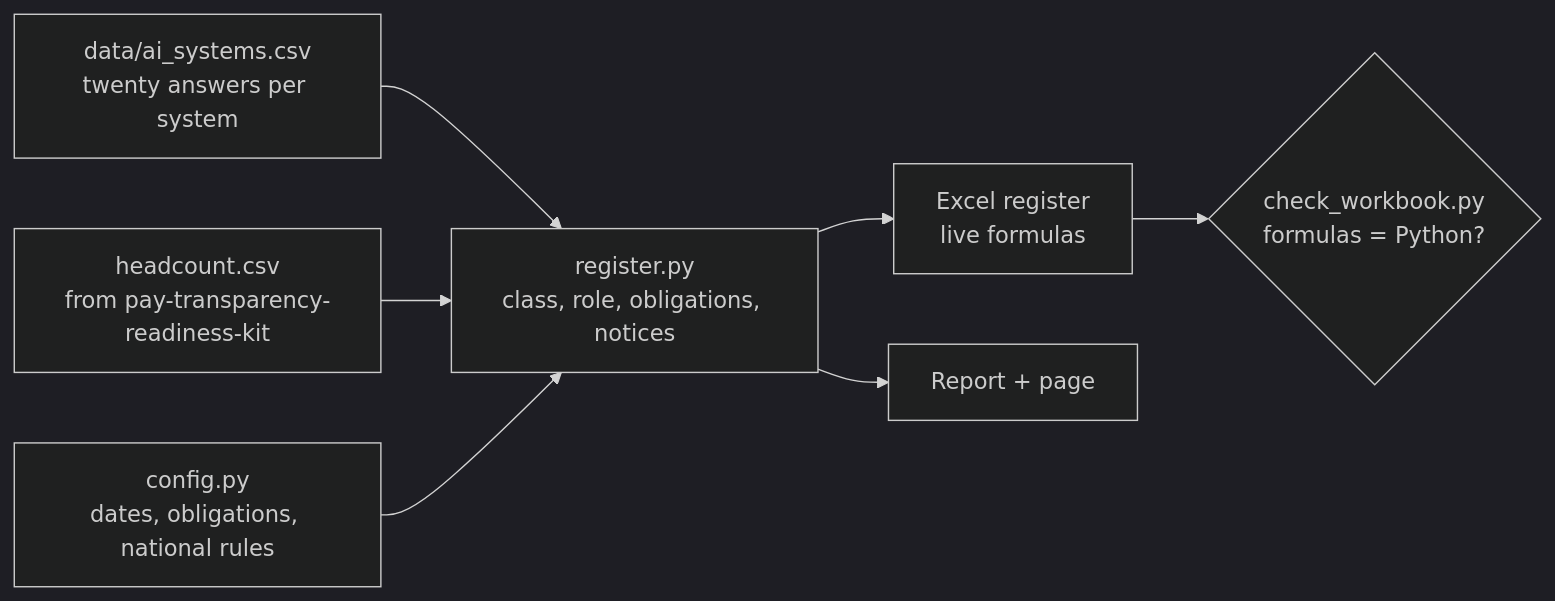
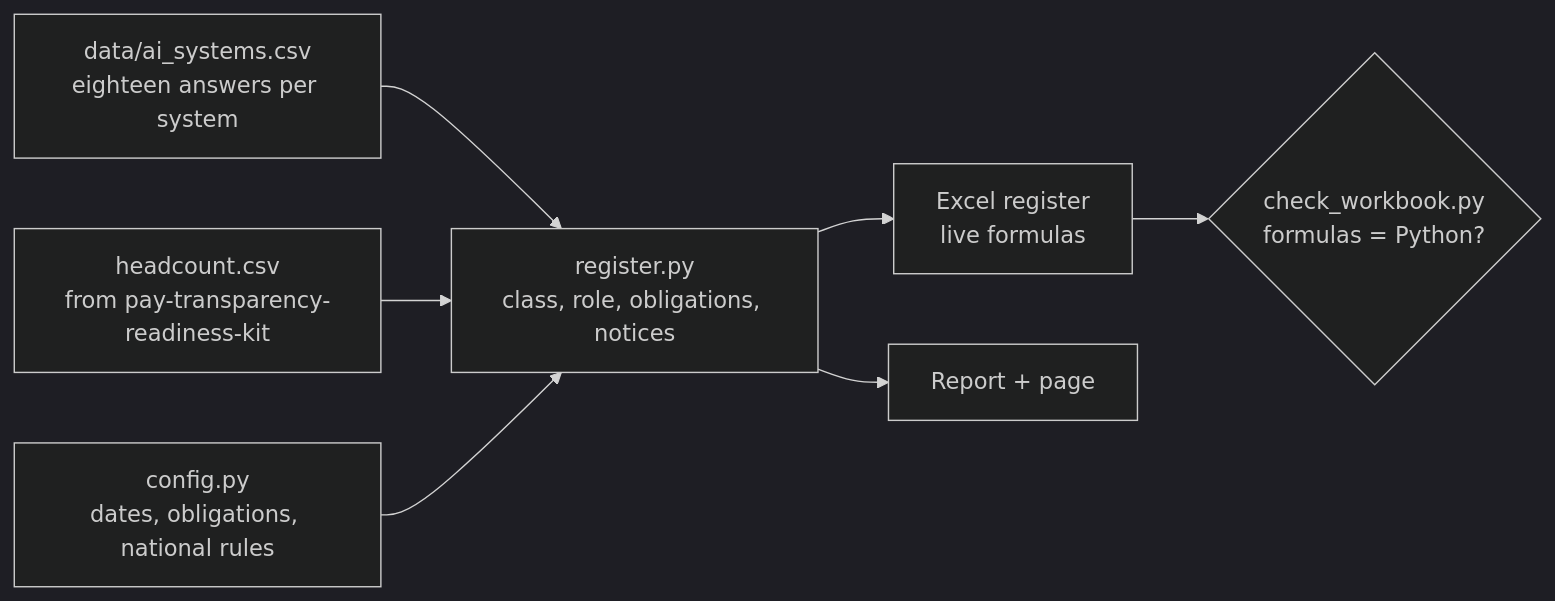
One commit to D0M3N1C0X/ai-act-hr-readiness-kit changed the diagram in README.md. Above: the diagram before and after it, drawn with Mermaid (dark theme). The commit also changed other lines of this file and 22 other files, not shown here.

````diff
--- a/README.md
+++ b/README.md
@@ -86,9 +89,9 @@
 ```mermaid
 flowchart LR
-    A[data/ai_systems.csv<br/>twenty answers per system] --> R[register.py<br/>class, role, obligations, notices]
+    A[data/ai_systems.csv<br/>eighteen answers per system] --> R[register.py<br/>class, role, obligations, notices]
     H[headcount.csv<br/>from pay-transparency-readiness-kit] --> R
     C[config.py<br/>dates, obligations, national rules] --> R
     R --> X[Excel register<br/>live formulas]
     R --> M[Report + page]
     X --> K{check_workbook.py<br/>formulas = Python?}
 ```
````
